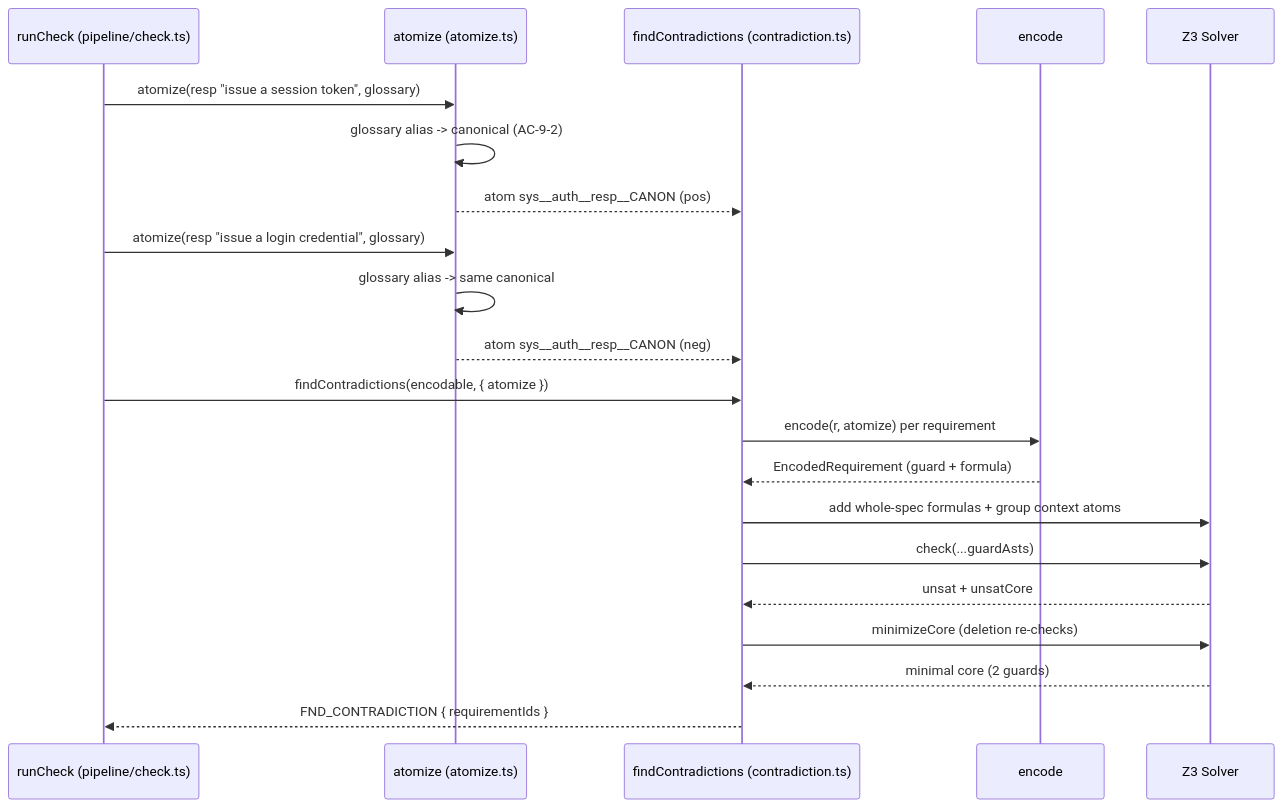
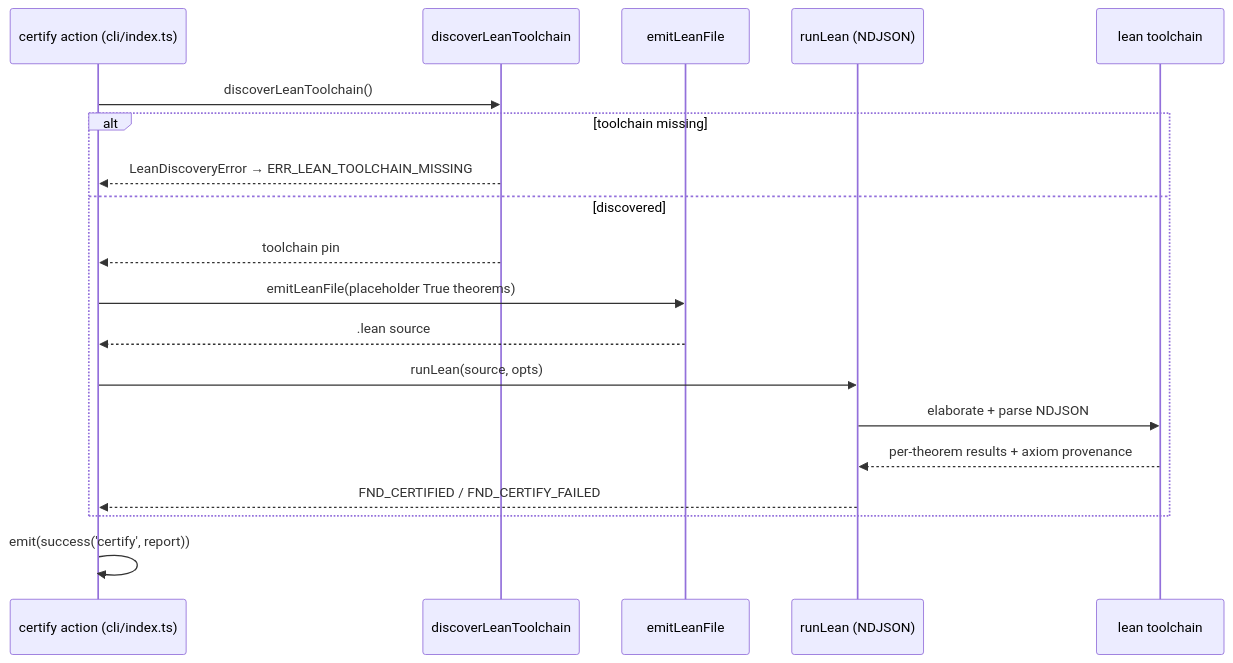
One commit to theagenticguy/symspec changed the third of 3 diagrams in docs/diagrams/behavioral/sequences.md. Above: the diagram before and after it, drawn with Mermaid. The commit also changed other lines of this file and 19 other files, not shown here.

````diff
--- a/docs/diagrams/behavioral/sequences.md
+++ b/docs/diagrams/behavioral/sequences.md
@@ -71,23 +67,21 @@
 ```mermaid
 sequenceDiagram
-    participant Pipe as runCheck (pipeline/check.ts)
-    participant Atom as atomize (atomize.ts)
-    participant Find as findContradictions (contradiction.ts)
-    participant Enc as encode
-    participant Z3 as Z3 Solver
-    Pipe->>Atom: atomize(resp "issue a session token", glossary)
-    Atom->>Atom: glossary alias -> canonical (AC-9-2)
-    Atom-->>Find: atom sys__auth__resp__CANON (pos)
-    Pipe->>Atom: atomize(resp "issue a login credential", glossary)
-    Atom->>Atom: glossary alias -> same canonical
-    Atom-->>Find: atom sys__auth__resp__CANON (neg)
-    Pipe->>Find: findContradictions(encodable, { atomize })
-    Find->>Enc: encode(r, atomize) per requirement
-    Enc-->>Find: EncodedRequirement (guard + formula)
-    Find->>Z3: add whole-spec formulas + group context atoms
-    Find->>Z3: check(...guardAsts)
-    Z3-->>Find: unsat + unsatCore
-    Find->>Z3: minimizeCore (deletion re-checks)
-    Z3-->>Find: minimal core (2 guards)
-    Find-->>Pipe: FND_CONTRADICTION { requirementIds }
+    participant CLI as certify action (cli/index.ts)
+    participant Disc as discoverLeanToolchain
+    participant Emit as emitLeanFile
+    participant Run as runLean (NDJSON)
+    participant Lean as lean toolchain
+    CLI->>Disc: discoverLeanToolchain()
+    alt toolchain missing
+        Disc-->>CLI: LeanDiscoveryError → ERR_LEAN_TOOLCHAIN_MISSING
+    else discovered
+        Disc-->>CLI: toolchain pin
+        CLI->>Emit: emitLeanFile(placeholder True theorems)
+        Emit-->>CLI: .lean source
+        CLI->>Run: runLean(source, opts)
+        Run->>Lean: elaborate + parse NDJSON
+        Lean-->>Run: per-theorem results + axiom provenance
+        Run-->>CLI: FND_CERTIFIED / FND_CERTIFY_FAILED
+    end
+    CLI->>CLI: emit(success('certify', report))
 ```
````
